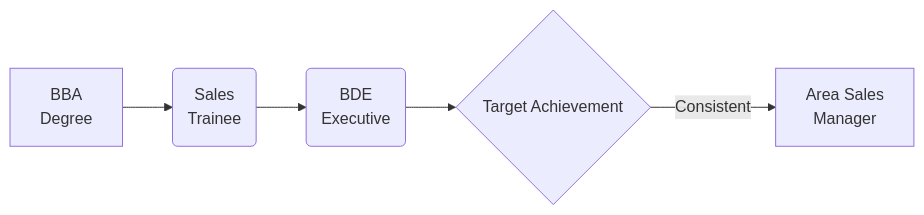
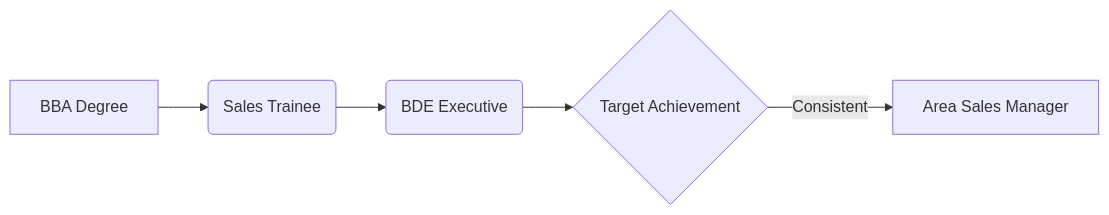
One commit to the-career-breweries/tcb-soft-skills changed the second of 3 diagrams in curriculum-app/src/content/lessons/ug/bba/sem5/week17.md. Above: the diagram before and after it, drawn with Mermaid. The commit also changed other lines of this file and 4 other files, not shown here.

Commit message:
fix: correctly initialize mermaid on render with htmlLabels false

````diff
--- a/curriculum-app/src/content/lessons/ug/bba/sem5/week17.md
+++ b/curriculum-app/src/content/lessons/ug/bba/sem5/week17.md
@@ -42,7 +42,7 @@
 ```mermaid
 flowchart LR
-    A[BBA<br/>Degree] --> B(Sales<br/>Trainee)
-    B --> C(BDE<br/>Executive)
+    A[BBA Degree] --> B(Sales Trainee)
+    B --> C(BDE Executive)
     C --> D{Target Achievement}
-    D -->|Consistent| E[Area Sales<br/>Manager]
+    D -->|Consistent| E[Area Sales Manager]
 ```
````
